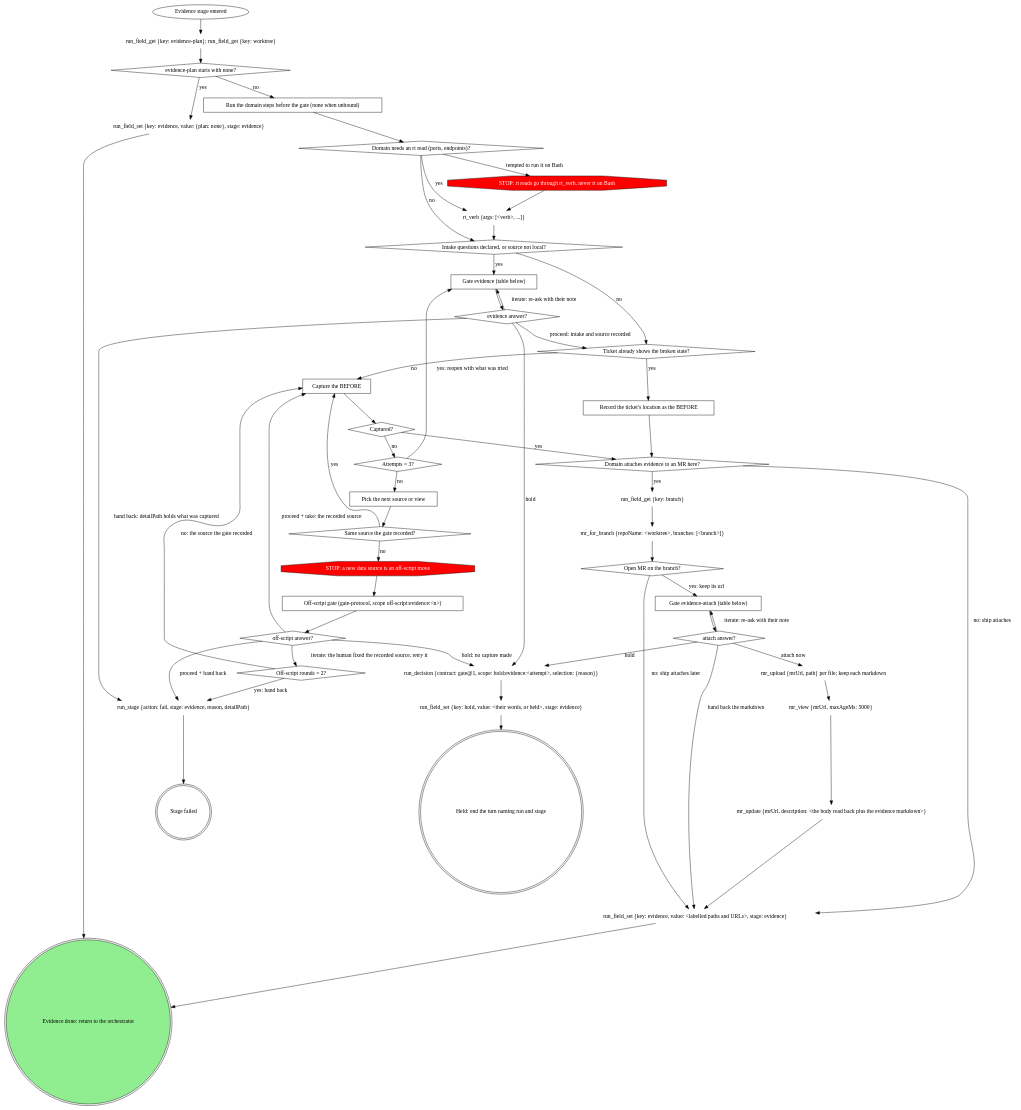
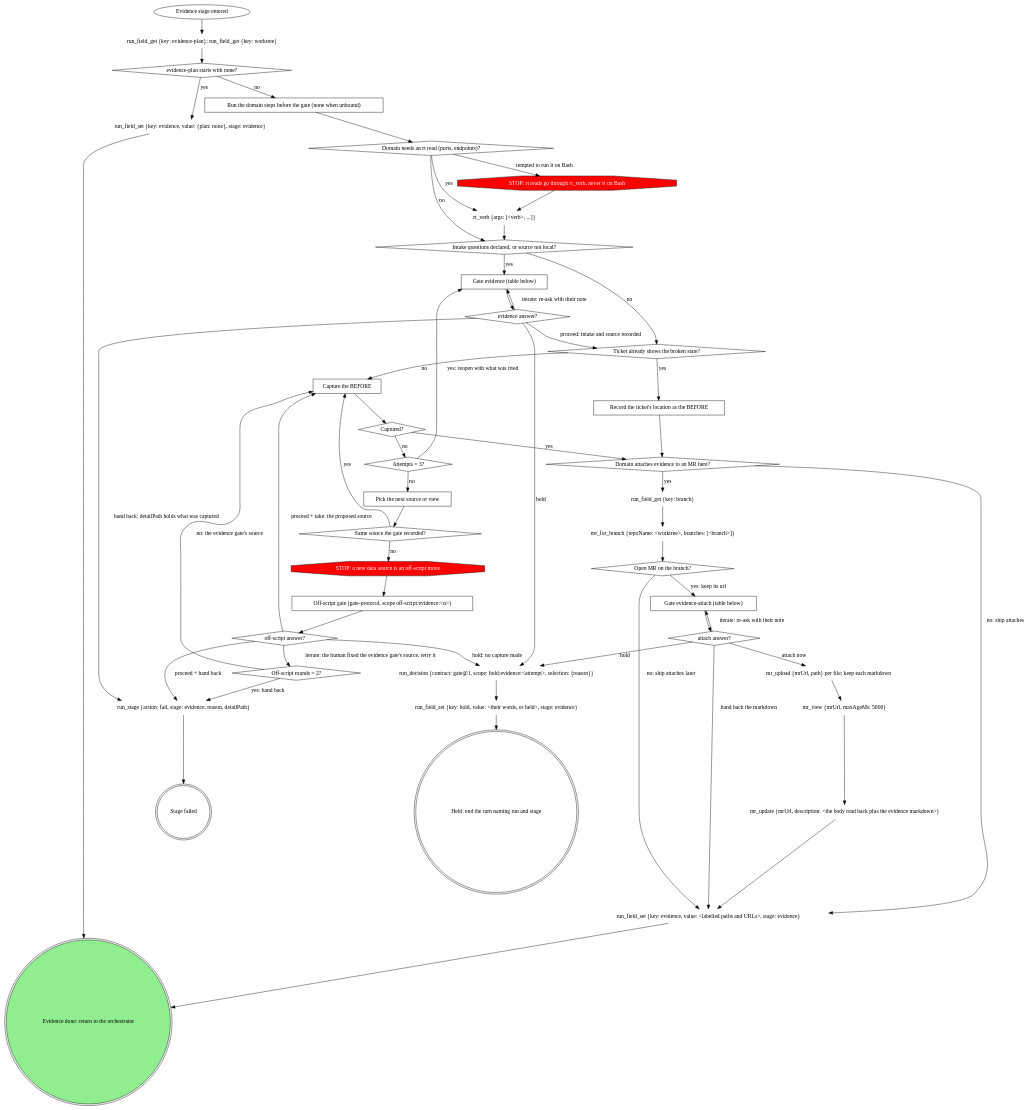
The diagram in attachments/pipeline/stage-evidence/SKILL.md (m4ttstack/skills), drawn with Graphviz before and after one commit. The commit also changed other lines of this file, not shown here.

Commit message:
stage-evidence: off-script labels name which source (RT-343)

```diff
--- a/attachments/pipeline/stage-evidence/SKILL.md
+++ b/attachments/pipeline/stage-evidence/SKILL.md
@@ -97,11 +97,11 @@
     "Same source the gate recorded?" -> "STOP: a new data source is an off-script move" [label="no"];
     "STOP: a new data source is an off-script move" -> "Off-script gate (gate-protocol, scope off-script:evidence:<n>)";
     "Off-script gate (gate-protocol, scope off-script:evidence:<n>)" -> "off-script answer?";
-    "off-script answer?" -> "Capture the BEFORE" [label="proceed + take: the recorded source"];
+    "off-script answer?" -> "Capture the BEFORE" [label="proceed + take: the proposed source"];
     "off-script answer?" -> "run_stage {action: fail, stage: evidence, reason, detailPath}" [label="proceed + hand back"];
-    "off-script answer?" -> "Off-script rounds = 2?" [label="iterate: the human fixed the recorded source, retry it"];
+    "off-script answer?" -> "Off-script rounds = 2?" [label="iterate: the human fixed the evidence gate's source, retry it"];
     "off-script answer?" -> "run_decision {contract: gate@1, scope: hold:evidence:<attempt>, selection: {reason}}" [label="hold: no capture made"];
-    "Off-script rounds = 2?" -> "Capture the BEFORE" [label="no: the source the gate recorded"];
+    "Off-script rounds = 2?" -> "Capture the BEFORE" [label="no: the evidence gate's source"];
     "Off-script rounds = 2?" -> "run_stage {action: fail, stage: evidence, reason, detailPath}" [label="yes: hand back"];
     "Domain attaches evidence to an MR here?" -> "run_field_get {key: branch}" [label="yes"];
     "run_field_get {key: branch}" -> "mr_for_branch {repoName: <worktree>, branches: [<branch>]}";
```
